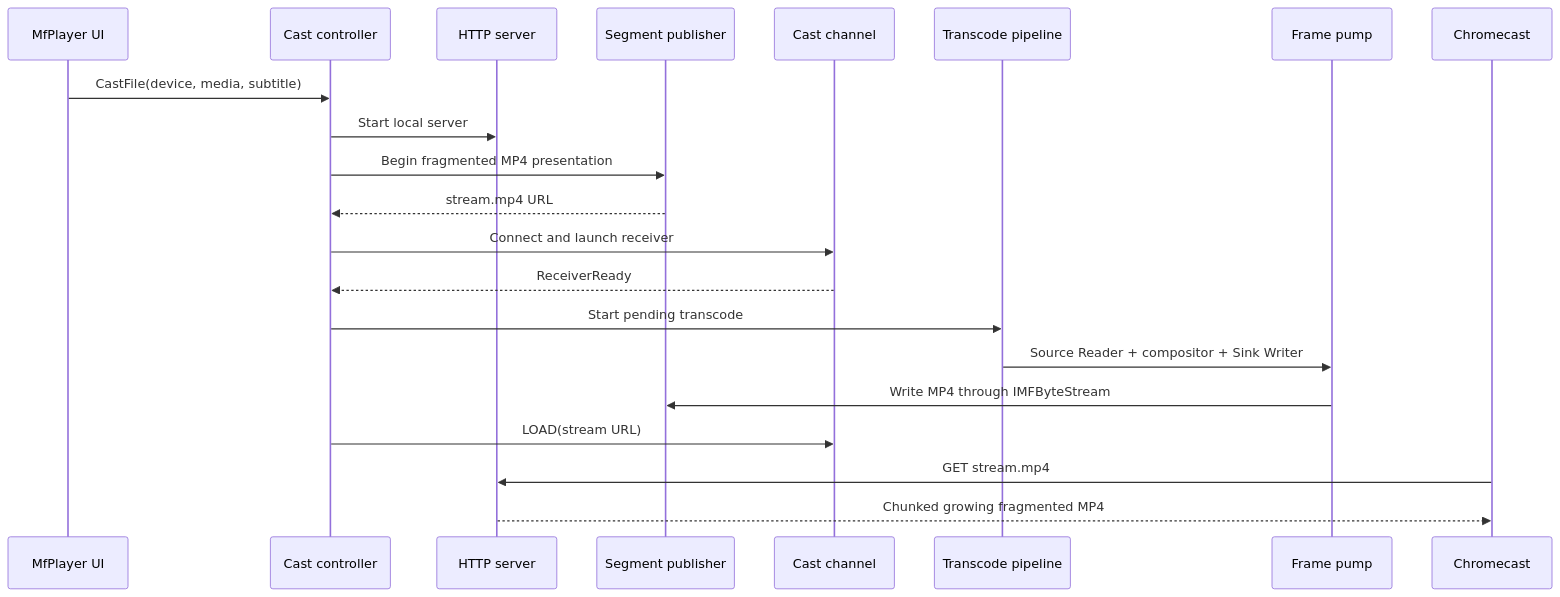
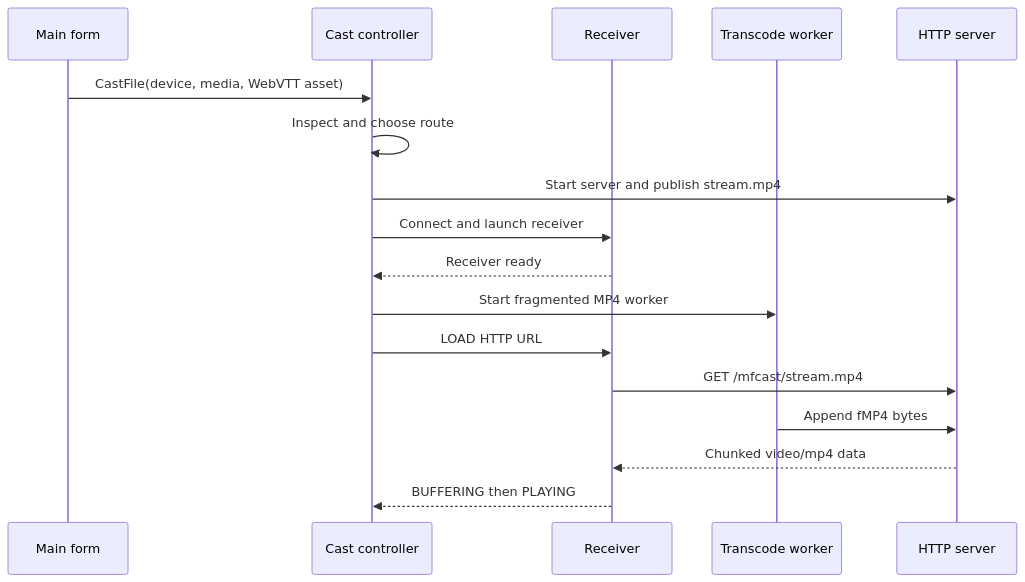
Before and after one commit to FactoryXCode/MfPack: the fifth of 5 diagrams in MfPack/Samples/MfPlayer X2/Docs/MfPlayer_X2_Architecture_and_Chromecast.md, drawn with Mermaid. The commit also changed other lines of this file and 26 other files, not shown here.

````diff
--- a/MfPack/Samples/MfPlayer X2/Docs/MfPlayer_X2_Architecture_and_Chromecast.md
+++ b/MfPack/Samples/MfPlayer X2/Docs/MfPlayer_X2_Architecture_and_Chromecast.md
@@ -882,24 +363,20 @@
 ```mermaid
 sequenceDiagram
-    participant UI as MfPlayer UI
+    participant UI as Main form
     participant C as Cast controller
+    participant R as Receiver
+    participant T as Transcode worker
     participant H as HTTP server
-    participant P as Segment publisher
-    participant Ch as Cast channel
-    participant T as Transcode pipeline
-    participant F as Frame pump
-    participant TV as Chromecast
 
-    UI->>C: CastFile(device, media, subtitle)
-    C->>H: Start local server
-    C->>P: Begin fragmented MP4 presentation
-    P-->>C: stream.mp4 URL
-    C->>Ch: Connect and launch receiver
-    Ch-->>C: ReceiverReady
-    C->>T: Start pending transcode
-    T->>F: Source Reader + compositor + Sink Writer
-    F->>P: Write MP4 through IMFByteStream
-    C->>Ch: LOAD(stream URL)
-    TV->>H: GET stream.mp4
-    H-->>TV: Chunked growing fragmented MP4
+    UI->>C: CastFile(device, media, WebVTT asset)
+    C->>C: Inspect and choose route
+    C->>H: Start server and publish stream.mp4
+    C->>R: Connect and launch receiver
+    R-->>C: Receiver ready
+    C->>T: Start fragmented MP4 worker
+    C->>R: LOAD HTTP URL
+    R->>H: GET /mfcast/stream.mp4
+    T->>H: Append fMP4 bytes
+    H-->>R: Chunked video/mp4 data
+    R-->>C: BUFFERING then PLAYING
 ```
````
